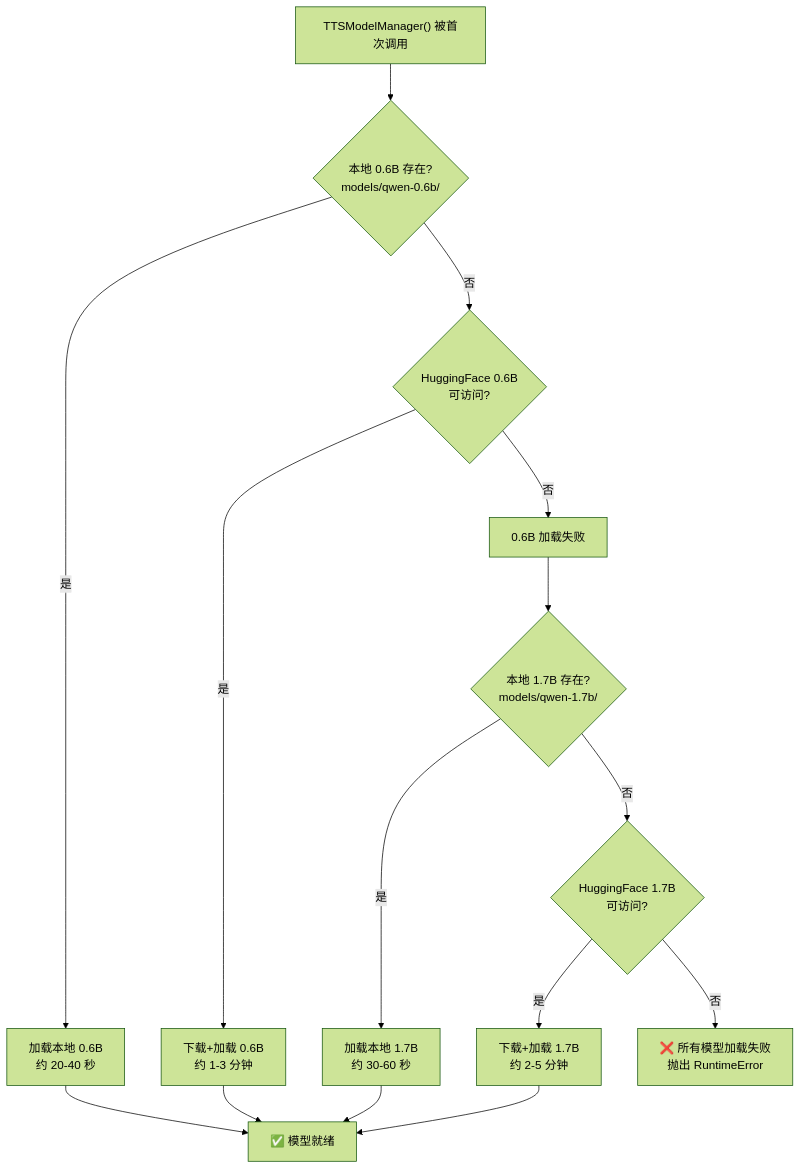
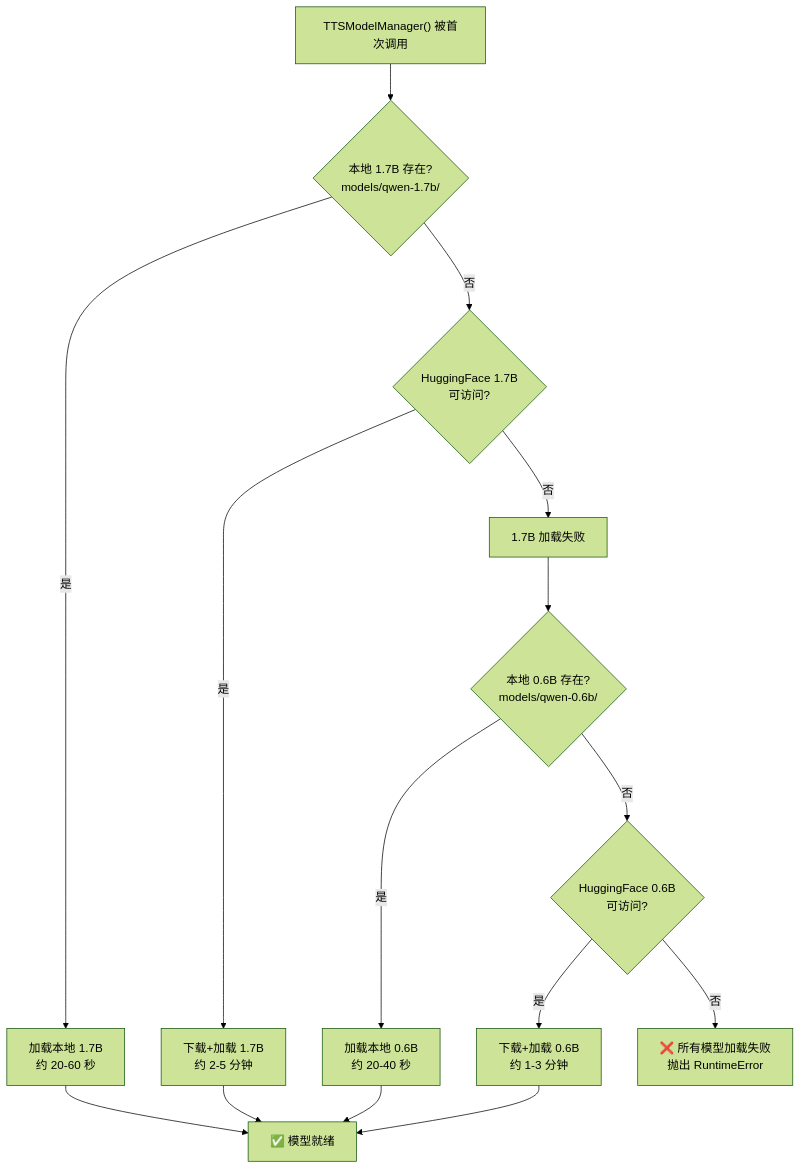
The fourth of 12 diagrams in docs/PROJECT_DOCUMENTATION.md (pudaa/MemoryServerTTS), drawn with Mermaid (forest theme) before and after one commit. The commit also changed other lines of this file and 17 other files, not shown here.

````diff
--- a/docs/PROJECT_DOCUMENTATION.md
+++ b/docs/PROJECT_DOCUMENTATION.md
@@ -280,20 +316,20 @@
 ```mermaid
 flowchart TD
-    START["TTSModelManager() 被首次调用"] --> TRY0{"本地 0.6B 存在?<br/>models/qwen-0.6b/"}
-    TRY0 -->|是| LOAD0["加载本地 0.6B<br/>约 20-40 秒"]
-    TRY0 -->|否| TRY1{"HuggingFace 0.6B<br/>可访问?"}
-    TRY1 -->|是| LOAD1["下载+加载 0.6B<br/>约 1-3 分钟"]
-    TRY1 -->|否| FAIL0["0.6B 加载失败"]
-    
+    START["TTSModelManager() 被首次调用"] --> TRY0{"本地 1.7B 存在?<br/>models/qwen-1.7b/"}
+    TRY0 -->|是| LOAD0["加载本地 1.7B<br/>约 20-60 秒"]
+    TRY0 -->|否| TRY1{"HuggingFace 1.7B<br/>可访问?"}
+    TRY1 -->|是| LOAD1["下载+加载 1.7B<br/>约 2-5 分钟"]
+    TRY1 -->|否| FAIL0["1.7B 加载失败"]
+
     LOAD0 --> DONE["✅ 模型就绪"]
     LOAD1 --> DONE
-    
-    FAIL0 --> TRY2{"本地 1.7B 存在?<br/>models/qwen-1.7b/"}
-    TRY2 -->|是| LOAD2["加载本地 1.7B<br/>约 30-60 秒"]
-    TRY2 -->|否| TRY3{"HuggingFace 1.7B<br/>可访问?"}
-    TRY3 -->|是| LOAD3["下载+加载 1.7B<br/>约 2-5 分钟"]
+
+    FAIL0 --> TRY2{"本地 0.6B 存在?<br/>models/qwen-0.6b/"}
+    TRY2 -->|是| LOAD2["加载本地 0.6B<br/>约 20-40 秒"]
+    TRY2 -->|否| TRY3{"HuggingFace 0.6B<br/>可访问?"}
+    TRY3 -->|是| LOAD3["下载+加载 0.6B<br/>约 1-3 分钟"]
     TRY3 -->|否| FAIL["❌ 所有模型加载失败<br/>抛出 RuntimeError"]
-    
+
     LOAD2 --> DONE
     LOAD3 --> DONE
 ```
````
